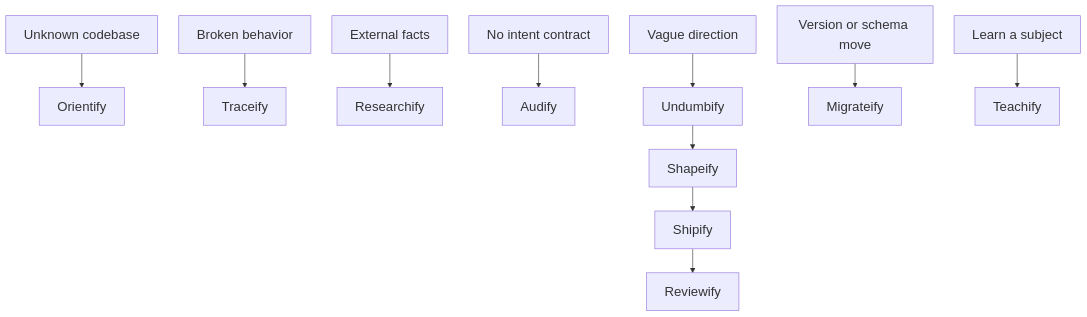
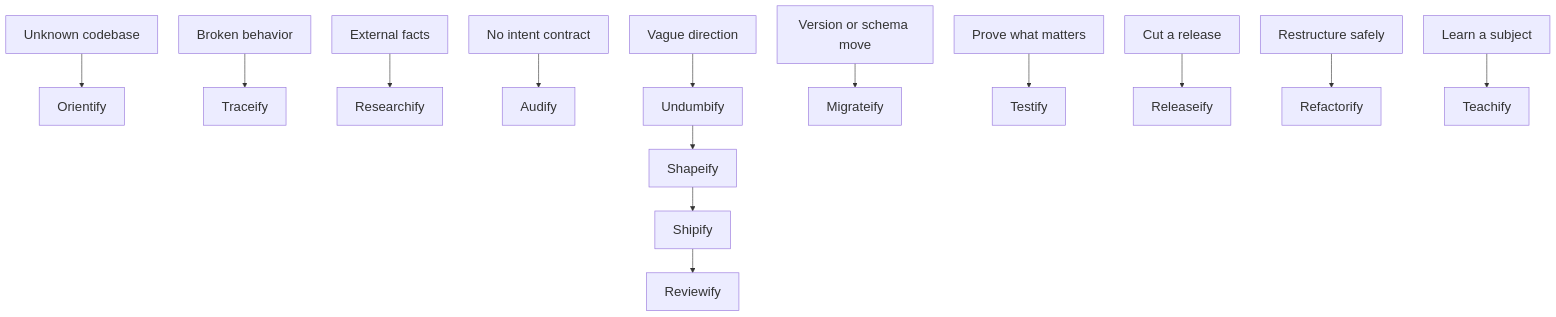
The second of 2 diagrams in README.md (trykA123/skillify), drawn with Mermaid before and after one commit. The commit also changed other lines of this file and 51 other files, not shown here.

````diff
--- a/README.md
+++ b/README.md
@@ -198,11 +201,14 @@
 ```mermaid
 %%{init: {"themeVariables": {"fontSize": "22px"}, "flowchart": {"nodeSpacing": 35, "rankSpacing": 40}}}%%
 flowchart TB
     Unknown[Unknown codebase] --> Orientify
     Broken[Broken behavior] --> Traceify
     External[External facts] --> Researchify
     NoContract[No intent contract] --> Audify
     Vague[Vague direction] --> Undumbify --> Shapeify --> Shipify --> Reviewify
     Upgrade[Version or schema move] --> Migrateify
+    Tests[Prove what matters] --> Testify
+    Ship[Cut a release] --> Releaseify
+    Cleanup[Restructure safely] --> Refactorify
     Learn[Learn a subject] --> Teachify
 ```
````
